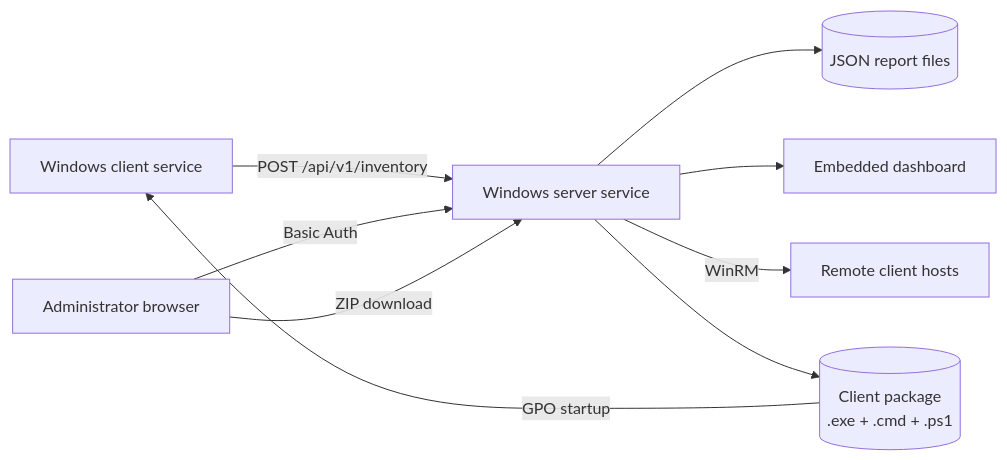
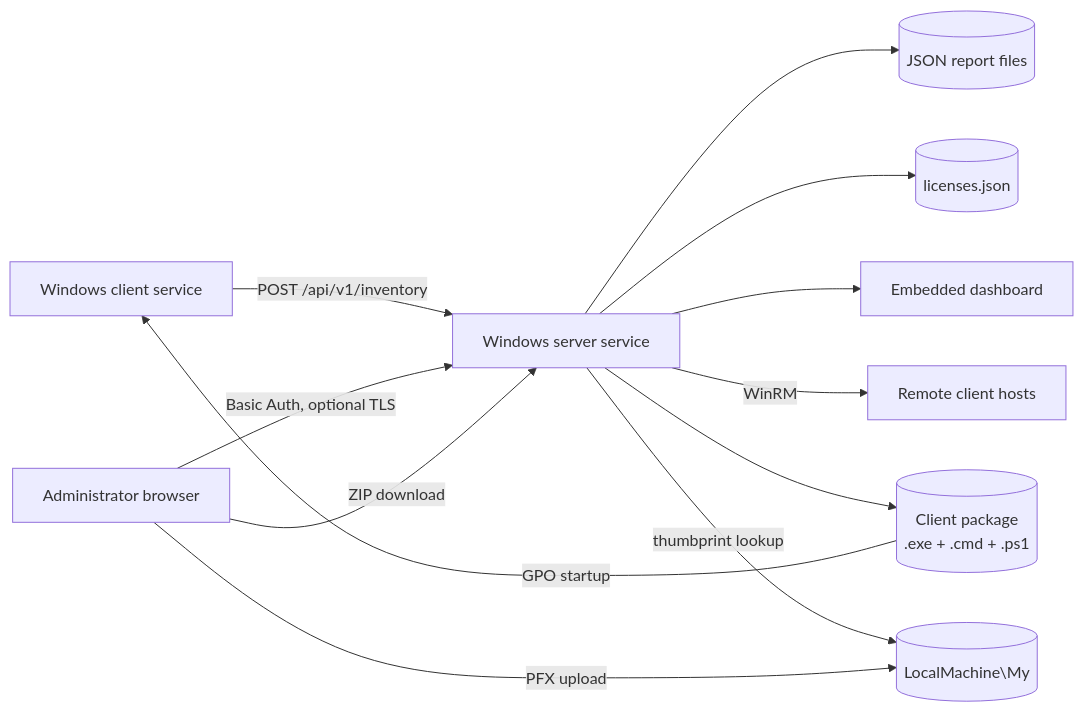
The diagram in README.md (didimozg/windows-inventory-lite), drawn with Mermaid before and after one commit. The commit also changed other lines of this file and 17 other files, not shown here.

````diff
--- a/README.md
+++ b/README.md
@@ -34,11 +40,14 @@
 ```mermaid
 flowchart LR
     Client[Windows client service] -->|POST /api/v1/inventory| Server[Windows server service]
     Server --> Store[(JSON report files)]
-    Browser[Administrator browser] -->|Basic Auth| Server
+    Server --> Licenses[(licenses.json)]
+    Browser[Administrator browser] -->|Basic Auth, optional TLS| Server
     Server --> Dashboard[Embedded dashboard]
     Server -->|WinRM| Targets[Remote client hosts]
     Package[(Client package\n.exe + .cmd + .ps1)] -->|GPO startup| Client
     Server --> Package
     Browser -->|ZIP download| Server
+    Server -->|thumbprint lookup| CertStore[(LocalMachine\My)]
+    Browser -->|PFX upload| CertStore
 ```
````
